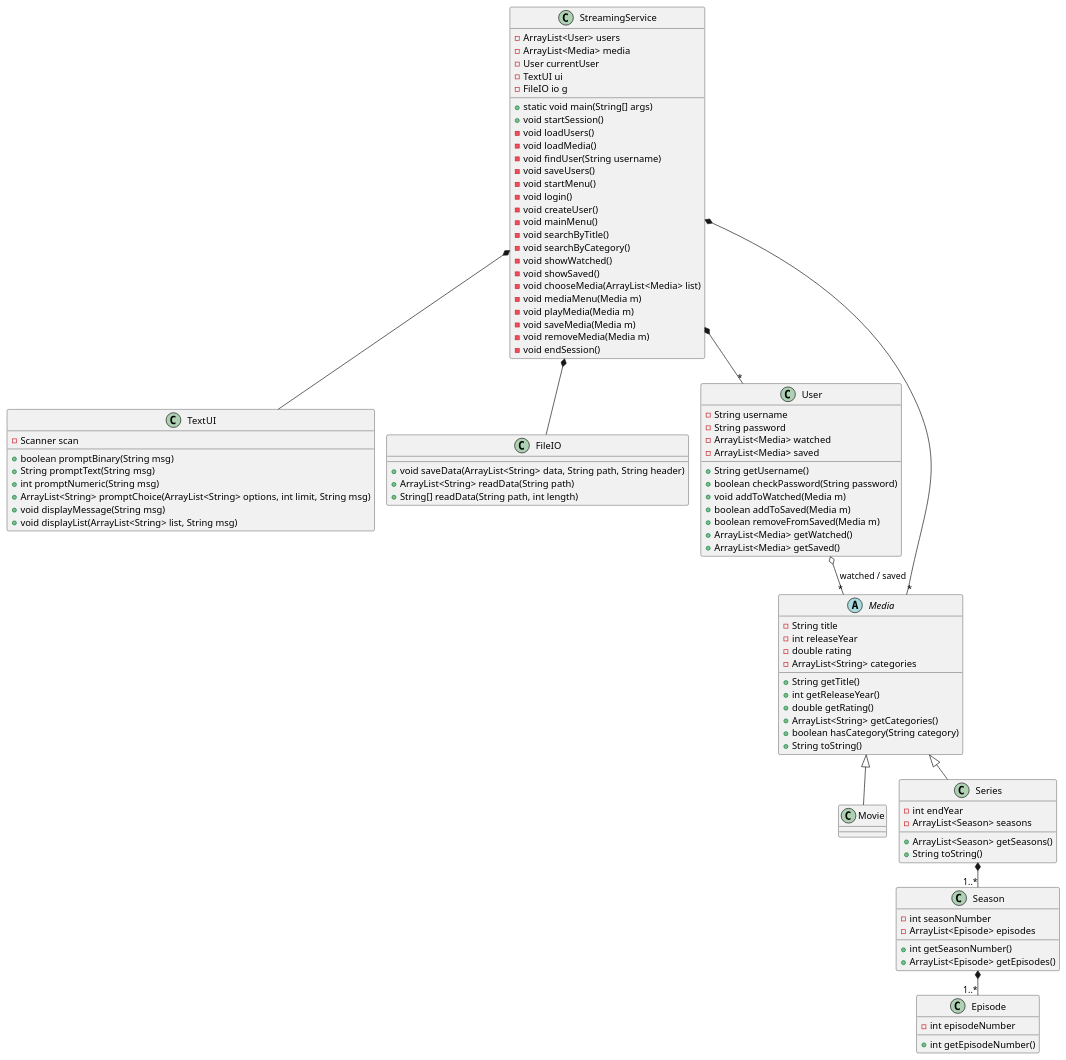
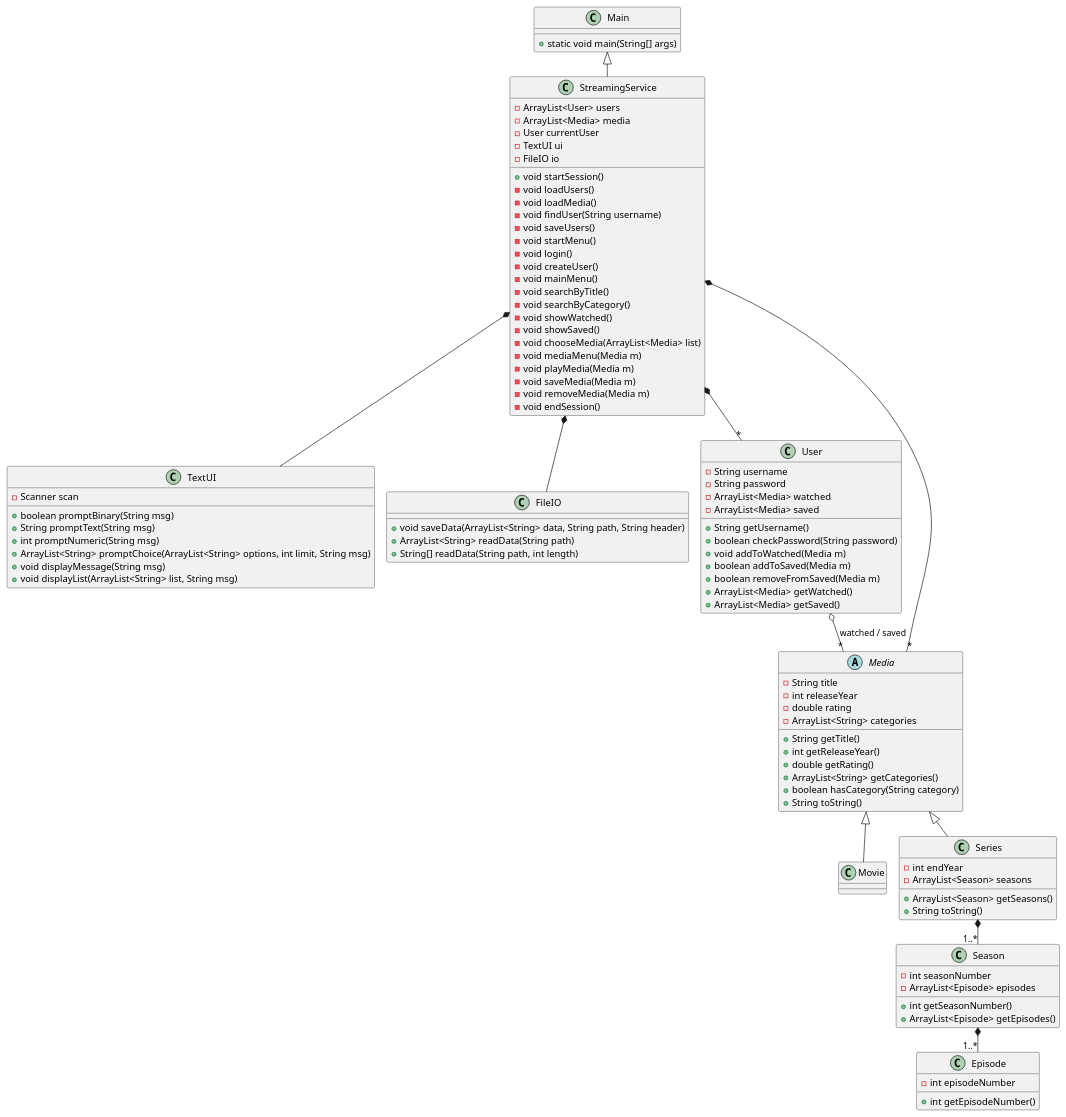
Before and after one commit to BenjaFrandsen/GrpH-SP3: the diagram in doc/Static/ClassDiagram.puml, drawn with PlantUML. The commit also changed 4 other files, not shown here.

Commit message:
StreamingService

```diff
--- a/doc/Static/ClassDiagram.puml
+++ b/doc/Static/ClassDiagram.puml
@@ -1,116 +1,119 @@
 @startuml
 'https://plantuml.com/class-diagram
 
 !pragma layout smetana
+
+class Main {
++ static void main(String[] args)
+}
 
 class StreamingService {
 - ArrayList<User> users
 - ArrayList<Media> media
 - User currentUser
 - TextUI ui
-- FileIO io g
+- FileIO io
 
-+ static void main(String[] args)
 + void startSession()
 - void loadUsers()
 - void loadMedia()
 - void findUser(String username)
 - void saveUsers()
 - void startMenu()
 - void login()
 - void createUser()
 - void mainMenu()
 - void searchByTitle()
 - void searchByCategory()
 - void showWatched()
 - void showSaved()
 - void chooseMedia(ArrayList<Media> list)
 - void mediaMenu(Media m)
 - void playMedia(Media m)
 - void saveMedia(Media m)
 - void removeMedia(Media m)
 - void endSession()
 }
 
 class TextUI{
 - Scanner scan
 + boolean promptBinary(String msg)
 + String promptText(String msg)
 + int promptNumeric(String msg)
 + ArrayList<String> promptChoice(ArrayList<String> options, int limit, String msg)
 + void displayMessage(String msg)
 + void displayList(ArrayList<String> list, String msg)
 }
 
 class FileIO{
 + void saveData(ArrayList<String> data, String path, String header)
 + ArrayList<String> readData(String path)
 + String[] readData(String path, int length)
 }
 
 class User {
 - String username
 - String password
 - ArrayList<Media> watched
 - ArrayList<Media> saved
 
 + String getUsername()
 + boolean checkPassword(String password)
 + void addToWatched(Media m)
 + boolean addToSaved(Media m)
 + boolean removeFromSaved(Media m)
 + ArrayList<Media> getWatched()
 + ArrayList<Media> getSaved()
 }
 
 abstract class Media{
 - String title
 - int releaseYear
 - double rating
 - ArrayList<String> categories
 
 + String getTitle()
 + int getReleaseYear()
 + double getRating()
 + ArrayList<String> getCategories()
 + boolean hasCategory(String category)
 + String toString()
 }
 
 class Movie{
 }
 
 class Series{
 -int endYear
 - ArrayList<Season> seasons
 
 + ArrayList<Season> getSeasons()
 + String toString()
 }
 
 class Season{
 - int seasonNumber
 - ArrayList<Episode> episodes
 
 + int getSeasonNumber()
 + ArrayList<Episode> getEpisodes()
 }
 
 class Episode{
 - int episodeNumber
 
 + int getEpisodeNumber()
 }
-
+Main <|-- StreamingService
 StreamingService *-- TextUI
 StreamingService *-- FileIO
 StreamingService *-- "*" User
 StreamingService *-- "*" Media
 User o-- "*" Media : watched / saved
 
 Media <|-- Movie
 Media <|-- Series
 Series *-- "1..*" Season
 Season *-- "1..*" Episode
 
 @enduml
```
